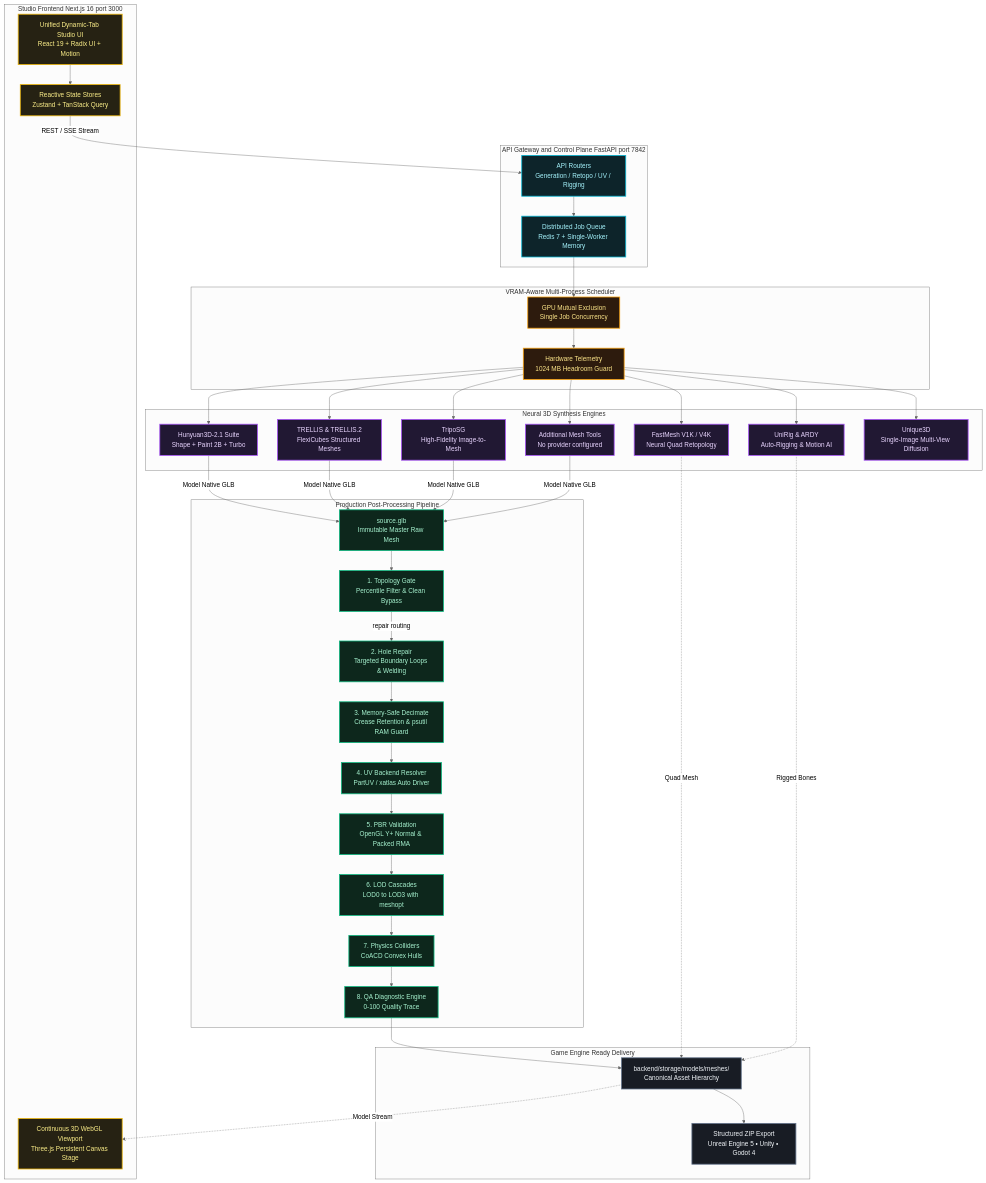
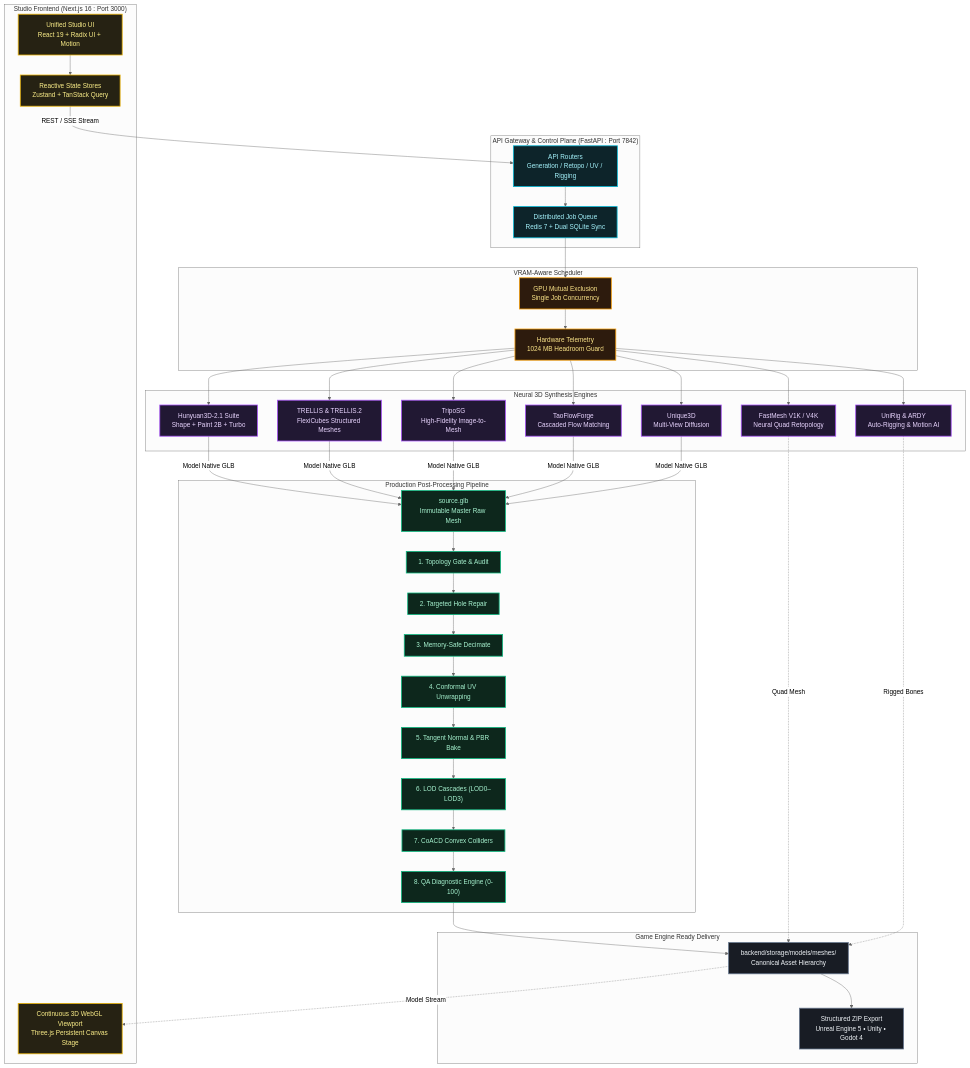
Before and after one commit to Silentzx2/ForMesh3D: the second of 3 diagrams in README.md, drawn with Mermaid (neutral theme). The commit also changed other lines of this file and 18 other files, not shown here.

Commit message:
feat(trellis2,doctor,docs): overhaul README with studio showcase, resolve trellis2 square box, implement GPU doctor, and sync thirdparty submodule

````diff
--- a/README.md
+++ b/README.md
@@ -154,6 +161,6 @@
 ```mermaid
 flowchart TD
-    %% Styling Definitions with High-Contrast Colors
+    %% Styling Definitions
     classDef gold fill:#262213,stroke:#eab308,stroke-width:2px,color:#fef08a;
     classDef cyan fill:#0d242a,stroke:#06b6d4,stroke-width:2px,color:#a5f3fc;
     classDef purple fill:#211833,stroke:#a855f7,stroke-width:2px,color:#e9d5ff;
@@ -161,50 +168,49 @@
     classDef amber fill:#2d1b0d,stroke:#f59e0b,stroke-width:2px,color:#fde68a;
     classDef slate fill:#181c24,stroke:#64748b,stroke-width:2px,color:#f1f5f9;
 
-    subgraph Client [Studio Frontend Next.js 16 port 3000]
-        UI["Unified Dynamic-Tab Studio UI<br/>React 19 + Radix UI + Motion"]:::gold
+    subgraph Client ["Studio Frontend (Next.js 16 : Port 3000)"]
+        UI["Unified Studio UI<br/>React 19 + Radix UI + Motion"]:::gold
         VIEWER["Continuous 3D WebGL Viewport<br/>Three.js Persistent Canvas Stage"]:::gold
         STORES["Reactive State Stores<br/>Zustand + TanStack Query"]:::gold
     end
 
-    subgraph Gateway [API Gateway and Control Plane FastAPI port 7842]
+    subgraph Gateway ["API Gateway & Control Plane (FastAPI : Port 7842)"]
         ROUTERS["API Routers<br/>Generation / Retopo / UV / Rigging"]:::cyan
-        QUEUE["Distributed Job Queue<br/>Redis 7 + Single-Worker Memory"]:::cyan
+        QUEUE["Distributed Job Queue<br/>Redis 7 + Dual SQLite Sync"]:::cyan
     end
 
-    subgraph Scheduler [VRAM-Aware Multi-Process Scheduler]
+    subgraph Scheduler ["VRAM-Aware Scheduler"]
         GPU_LOCK["GPU Mutual Exclusion<br/>Single Job Concurrency"]:::amber
         MONITOR["Hardware Telemetry<br/>1024 MB Headroom Guard"]:::amber
     end
 
-    subgraph Engines [Neural 3D Synthesis Engines]
+    subgraph Engines ["Neural 3D Synthesis Engines"]
         HUNYUAN["Hunyuan3D-2.1 Suite<br/>Shape + Paint 2B + Turbo"]:::purple
         TRELLIS["TRELLIS & TRELLIS.2<br/>FlexiCubes Structured Meshes"]:::purple
         TRIPO["TripoSG<br/>High-Fidelity Image-to-Mesh"]:::purple
+        TAO["TaoFlowForge<br/>Cascaded Flow Matching"]:::purple
         RETOPO["FastMesh V1K / V4K<br/>Neural Quad Retopology"]:::purple
-        EXTRAS["Additional Mesh Tools<br/>No provider configured"]:::purple
         RIGGING["UniRig & ARDY<br/>Auto-Rigging & Motion AI"]:::purple
-        UNIQUE3D["Unique3D<br/>Single-Image Multi-View Diffusion"]:::purple
+        UNIQUE3D["Unique3D<br/>Multi-View Diffusion"]:::purple
     end
 
-    subgraph PostProcess [Production Post-Processing Pipeline]
+    subgraph PostProcess ["Production Post-Processing Pipeline"]
         CHECKPOINT["source.glb<br/>Immutable Master Raw Mesh"]:::green
-        GATE["1. Topology Gate<br/>Percentile Filter & Clean Bypass"]:::green
-        HOLE_REPAIR["2. Hole Repair<br/>Targeted Boundary Loops & Welding"]:::green
-        DECIMATE["3. Memory-Safe Decimate<br/>Crease Retention & psutil RAM Guard"]:::green
-        UV_RESOLVE["4. UV Backend Resolver<br/>PartUV / xatlas Auto Driver"]:::green
-        PBR_VAL["5. PBR Validation<br/>OpenGL Y+ Normal & Packed RMA"]:::green
-        LOD["6. LOD Cascades<br/>LOD0 to LOD3 with meshopt"]:::green
-        PHYSICS["7. Physics Colliders<br/>CoACD Convex Hulls"]:::green
-        QA["8. QA Diagnostic Engine<br/>0-100 Quality Trace"]:::green
+        GATE["1. Topology Gate & Audit"]:::green
+        HOLE_REPAIR["2. Targeted Hole Repair"]:::green
+        DECIMATE["3. Memory-Safe Decimate"]:::green
+        UV_RESOLVE["4. Conformal UV Unwrapping"]:::green
+        PBR_VAL["5. Tangent Normal & PBR Bake"]:::green
+        LOD["6. LOD Cascades (LOD0–LOD3)"]:::green
+        PHYSICS["7. CoACD Convex Colliders"]:::green
+        QA["8. QA Diagnostic Engine (0-100)"]:::green
     end
 
-    subgraph Delivery [Game Engine Ready Delivery]
+    subgraph Delivery ["Game Engine Ready Delivery"]
         ASSET_STORE["backend/storage/models/meshes/<br/>Canonical Asset Hierarchy"]:::slate
         ZIP["Structured ZIP Export<br/>Unreal Engine 5 • Unity • Godot 4"]:::slate
     end
 
-    %% Clean Node-to-Node Data Connections
     UI --> STORES
     STORES -->|REST / SSE Stream| ROUTERS
     ROUTERS --> QUEUE
@@ -213,25 +219,25 @@
     MONITOR --> HUNYUAN
     MONITOR --> TRELLIS
     MONITOR --> TRIPO
+    MONITOR --> TAO
     MONITOR --> RETOPO
-    MONITOR --> EXTRAS
     MONITOR --> RIGGING
     MONITOR --> UNIQUE3D
 
     HUNYUAN -->|Model Native GLB| CHECKPOINT
     TRELLIS -->|Model Native GLB| CHECKPOINT
     TRIPO -->|Model Native GLB| CHECKPOINT
-    EXTRAS -->|Model Native GLB| CHECKPOINT
+    TAO -->|Model Native GLB| CHECKPOINT
+    UNIQUE3D -->|Model Native GLB| CHECKPOINT
 
     CHECKPOINT --> GATE
-    GATE -->|repair routing| HOLE_REPAIR
+    GATE --> HOLE_REPAIR
     HOLE_REPAIR --> DECIMATE
     DECIMATE --> UV_RESOLVE
     UV_RESOLVE --> PBR_VAL
     PBR_VAL --> LOD
     LOD --> PHYSICS
     PHYSICS --> QA
-
     QA --> ASSET_STORE
     ASSET_STORE --> ZIP
     ASSET_STORE -.->|Model Stream| VIEWER
````
